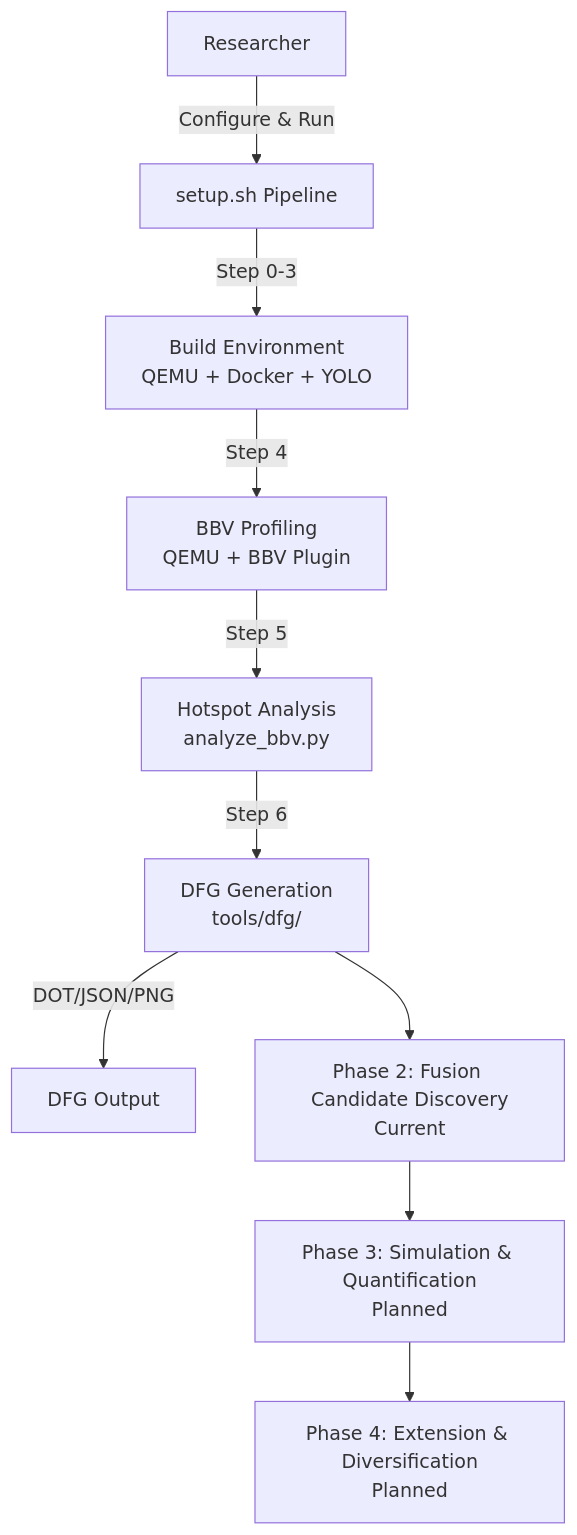
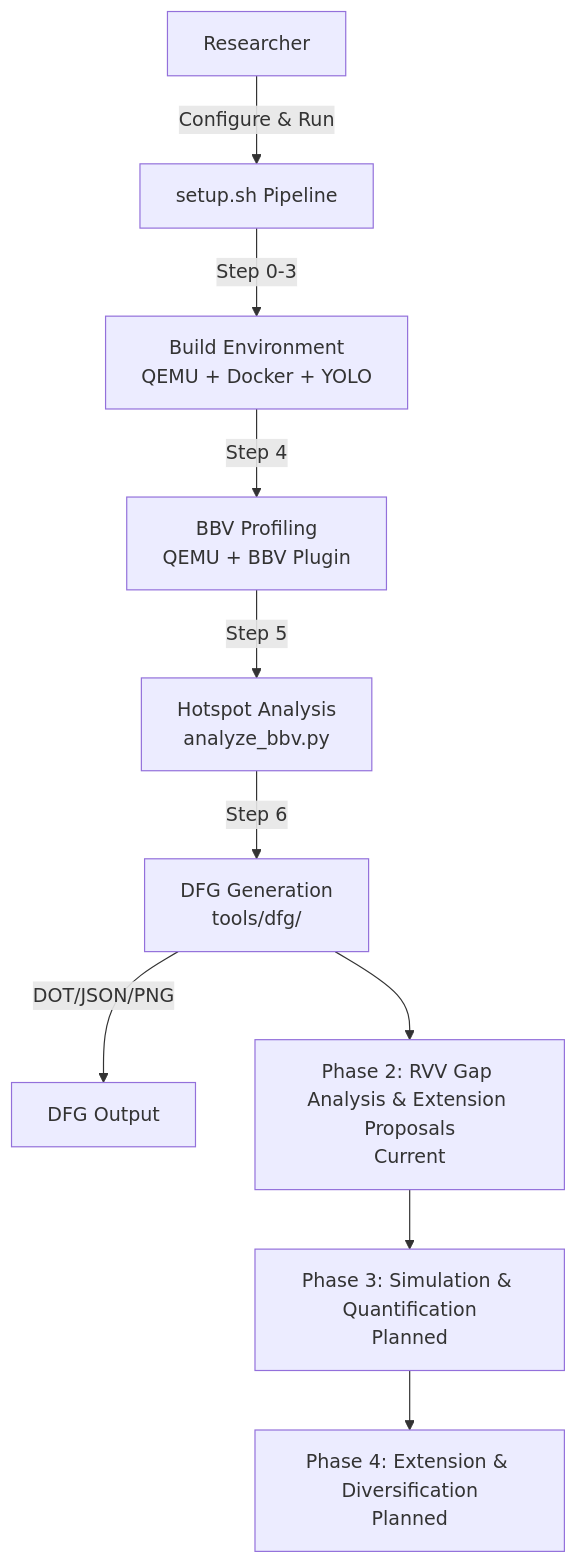
One commit to Satone7/rvfuse changed the first of 3 diagrams in docs/architecture.md. Above: the diagram before and after it, drawn with Mermaid. The commit also changed other lines of this file and 13 other files, not shown here.

First line of the commit message:
docs: refocus project from instruction fusion to vector extension research

````diff
--- a/docs/architecture.md
+++ b/docs/architecture.md
@@ -72,12 +72,12 @@
 ```mermaid
 graph TB
     Researcher[Researcher] -->|Configure & Run| SetupPipeline[setup.sh Pipeline]
     SetupPipeline -->|Step 0-3| BuildEnv[Build Environment<br/>QEMU + Docker + YOLO]
     BuildEnv -->|Step 4| BBVProfiling[BBV Profiling<br/>QEMU + BBV Plugin]
     BBVProfiling -->|Step 5| HotspotReport[Hotspot Analysis<br/>analyze_bbv.py]
     HotspotReport -->|Step 6| DFGEngine[DFG Generation<br/>tools/dfg/]
     DFGEngine -->|DOT/JSON/PNG| Output[DFG Output]
-    DFGEngine --> Phase2[Phase 2: Fusion Candidate Discovery<br/>Current]
+    DFGEngine --> Phase2[Phase 2: RVV Gap Analysis & Extension Proposals<br/>Current]
     Phase2 --> Phase3[Phase 3: Simulation & Quantification<br/>Planned]
     Phase3 --> Phase4[Phase 4: Extension & Diversification<br/>Planned]
 ```
````
